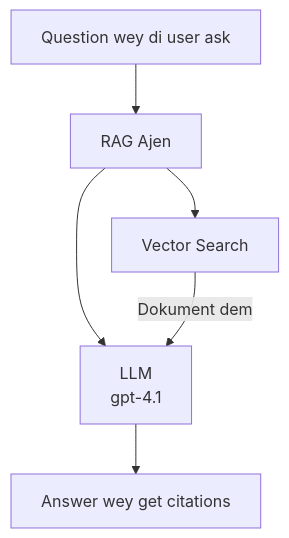
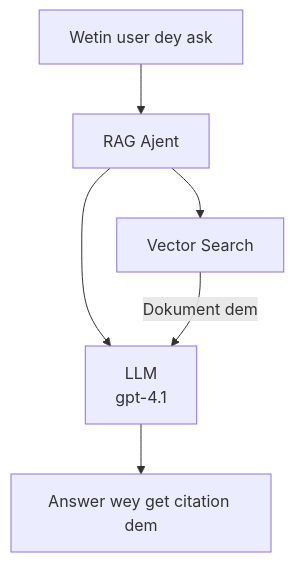
The second of 3 diagrams in translations/pcm/docs/chapter-02-ai-development/agents.md (microsoft/AZD-for-beginners), drawn with Mermaid before and after one commit. The commit also changed other lines of this file and 104 other files, not shown here.

````diff
--- a/translations/pcm/docs/chapter-02-ai-development/agents.md
+++ b/translations/pcm/docs/chapter-02-ai-development/agents.md
@@ -175,8 +181,8 @@
 ```mermaid
 graph TD
-    Query[Question wey di user ask] --> RAG[RAG Ajen]
+    Query[Wetin user dey ask] --> RAG[RAG Ajent]
     RAG --> Vector[Vector Search]
     RAG --> LLM[LLM<br/>gpt-4.1]
     Vector -- Dokument dem --> LLM
-    LLM --> Response[Answer wey get citations]
+    LLM --> Response[Answer wey get citation dem]
 ```
````
